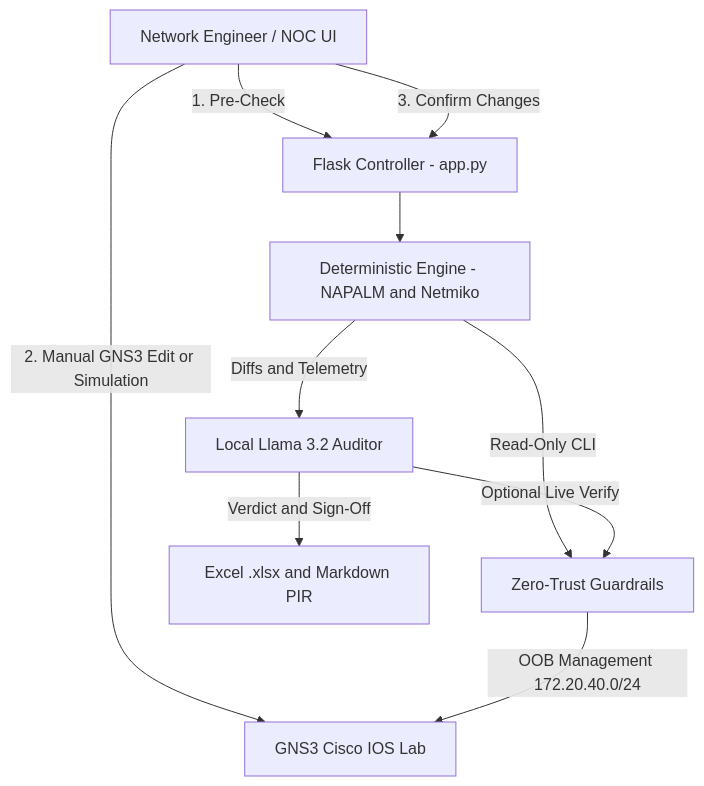
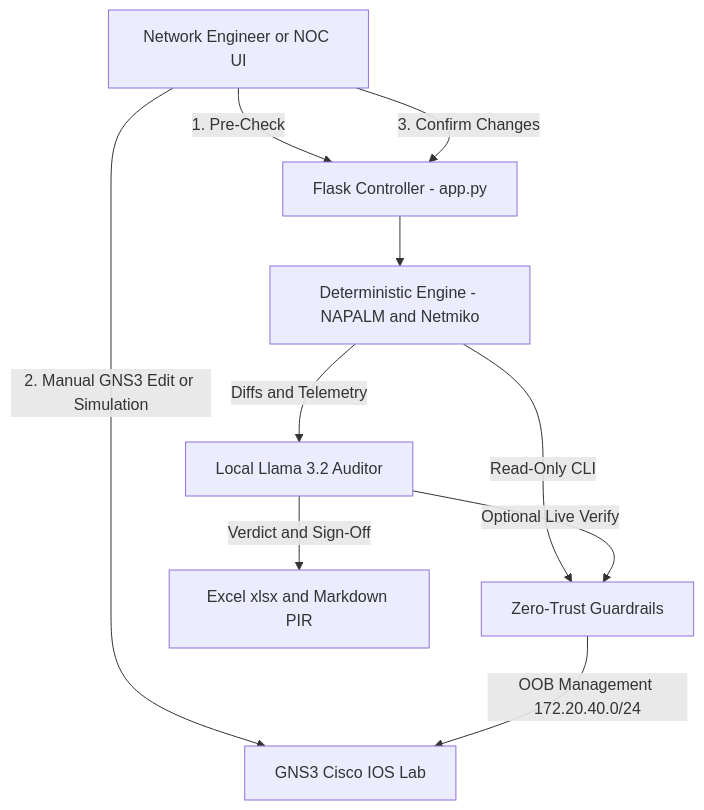
One commit to shahkh-eng/netops-ai-mop-auditor changed the diagram in README.md. Above: the diagram before and after it, drawn with Mermaid. The commit also changed other lines of this file, not shown here.

````diff
--- a/README.md
+++ b/README.md
@@ -44,14 +43,14 @@
 ```mermaid
-flowchart TD
-    A["Network Engineer / NOC UI"] -->|"1. Pre-Check"| B["Flask Controller - app.py"]
-    A -->|"2. Manual GNS3 Edit or Simulation"| C["GNS3 Cisco IOS Lab"]
-    A -->|"3. Confirm Changes"| B
+graph TD
+    A[Network Engineer or NOC UI] -->|1. Pre-Check| B[Flask Controller - app.py]
+    A -->|2. Manual GNS3 Edit or Simulation| C[GNS3 Cisco IOS Lab]
+    A -->|3. Confirm Changes| B
 
-    B --> D["Deterministic Engine - NAPALM and Netmiko"]
-    D -->|"Read-Only CLI"| E["Zero-Trust Guardrails"]
-    E -->|"OOB Management 172.20.40.0/24"| C
+    B --> D[Deterministic Engine - NAPALM and Netmiko]
+    D -->|Read-Only CLI| E[Zero-Trust Guardrails]
+    E -->|OOB Management 172.20.40.0/24| C
 
-    D -->|"Diffs and Telemetry"| F["Local Llama 3.2 Auditor"]
-    F -->|"Optional Live Verify"| E
-    F -->|"Verdict and Sign-Off"| G["Excel .xlsx and Markdown PIR"]
+    D -->|Diffs and Telemetry| F[Local Llama 3.2 Auditor]
+    F -->|Optional Live Verify| E
+    F -->|Verdict and Sign-Off| G[Excel xlsx and Markdown PIR]
 ```
````
